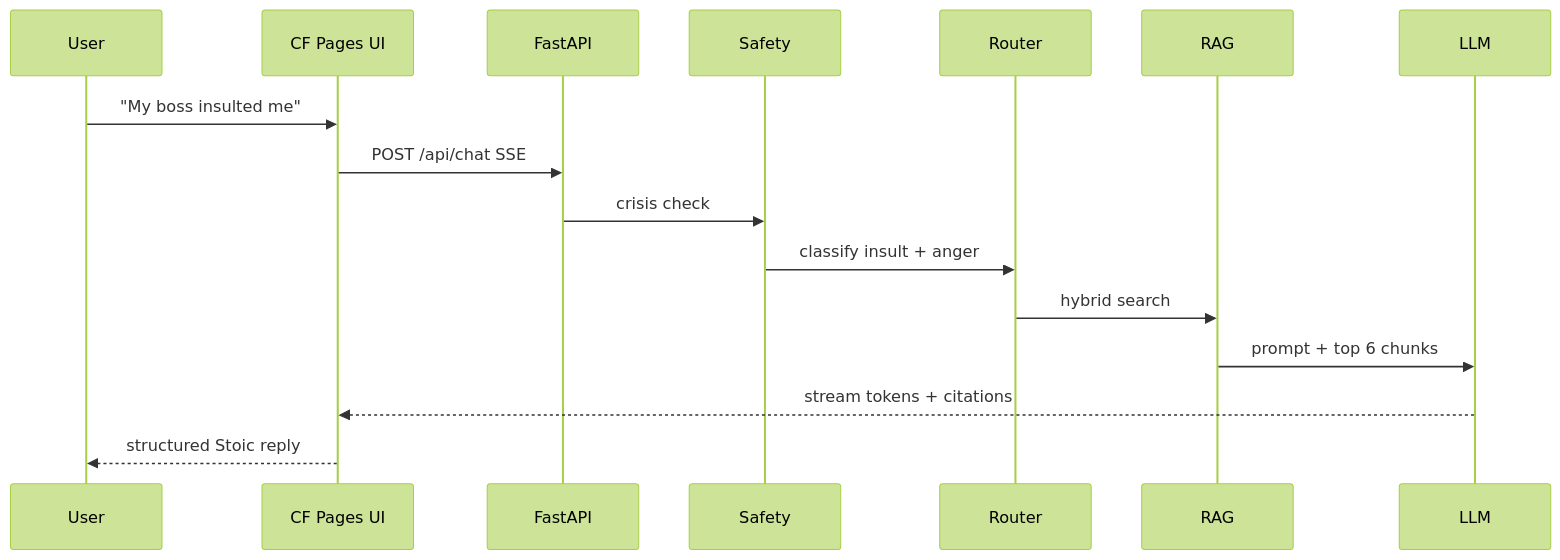
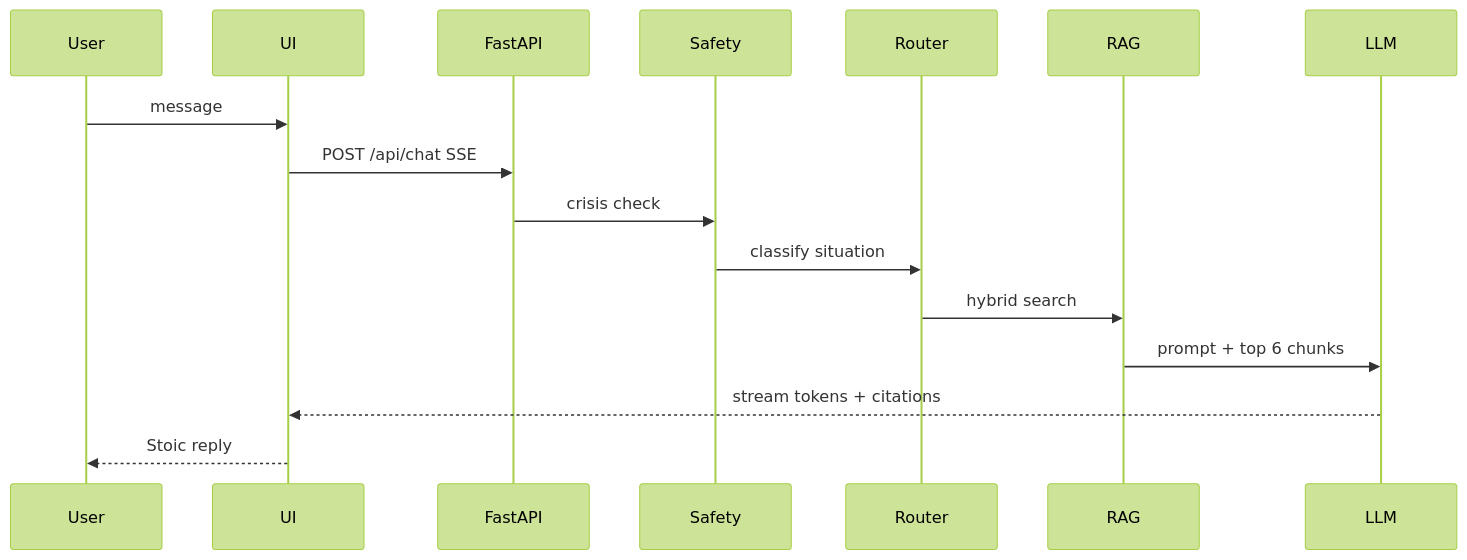
Before and after one commit to raymondworkshop/dev.research: the third of 5 diagrams in plan.md, drawn with Mermaid (forest theme). The commit also changed other lines of this file and 15 other files, not shown here.

````diff
--- a/plan.md
+++ b/plan.md
@@ -150,19 +89,19 @@
 ```mermaid
 sequenceDiagram
     participant U as User
-    participant UI as CF Pages UI
+    participant UI as UI
     participant API as FastAPI
     participant S as Safety
     participant R as Router
     participant G as RAG
     participant L as LLM
 
-    U->>UI: "My boss insulted me"
+    U->>UI: message
     UI->>API: POST /api/chat SSE
     API->>S: crisis check
-    S->>R: classify insult + anger
+    S->>R: classify situation
     R->>G: hybrid search
     G->>L: prompt + top 6 chunks
     L-->>UI: stream tokens + citations
-    UI-->>U: structured Stoic reply
+    UI-->>U: Stoic reply
 ```
````
